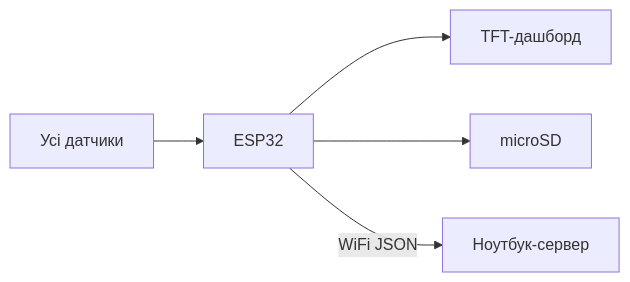
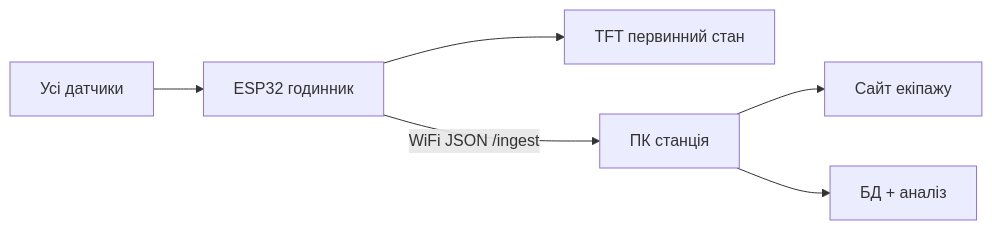
Before and after one commit to ovrmiha-kpi/Pulsar: the diagram in Physik/PLAN.md, drawn with Mermaid. The commit also changed other lines of this file and 25 other files, not shown here.

First line of the commit message:
Ship Pulsar watch firmware and PC station stack with live USB ingest.

````diff
--- a/Physik/PLAN.md
+++ b/Physik/PLAN.md
@@ -16,7 +19,8 @@
 ```mermaid
 flowchart LR
-  Sensors[Усі датчики] --> MCU[ESP32]
-  MCU --> TFT[TFT-дашборд]
-  MCU --> SD[microSD]
-  MCU -->|WiFi JSON| Laptop[Ноутбук-сервер]
+  Sensors[Усі датчики] --> Watch[ESP32 годинник]
+  Watch --> TFT[TFT первинний стан]
+  Watch -->|WiFi JSON /ingest| PC[ПК станція]
+  PC --> Web[Сайт екіпажу]
+  PC --> DB[БД + аналіз]
 ```
````
